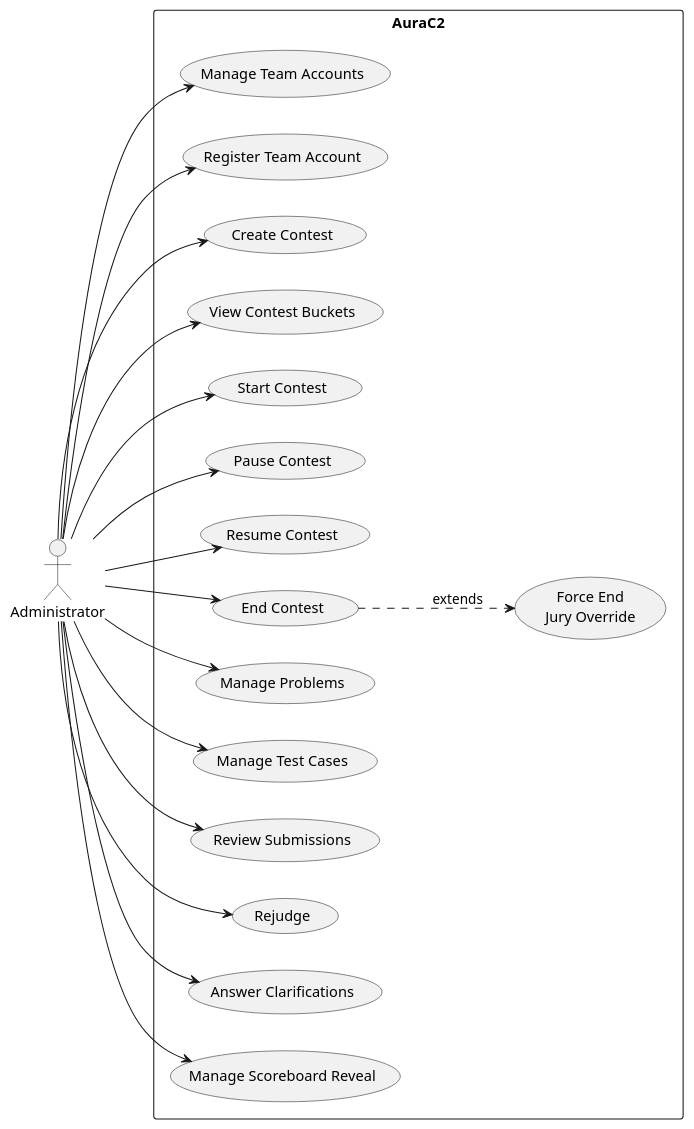
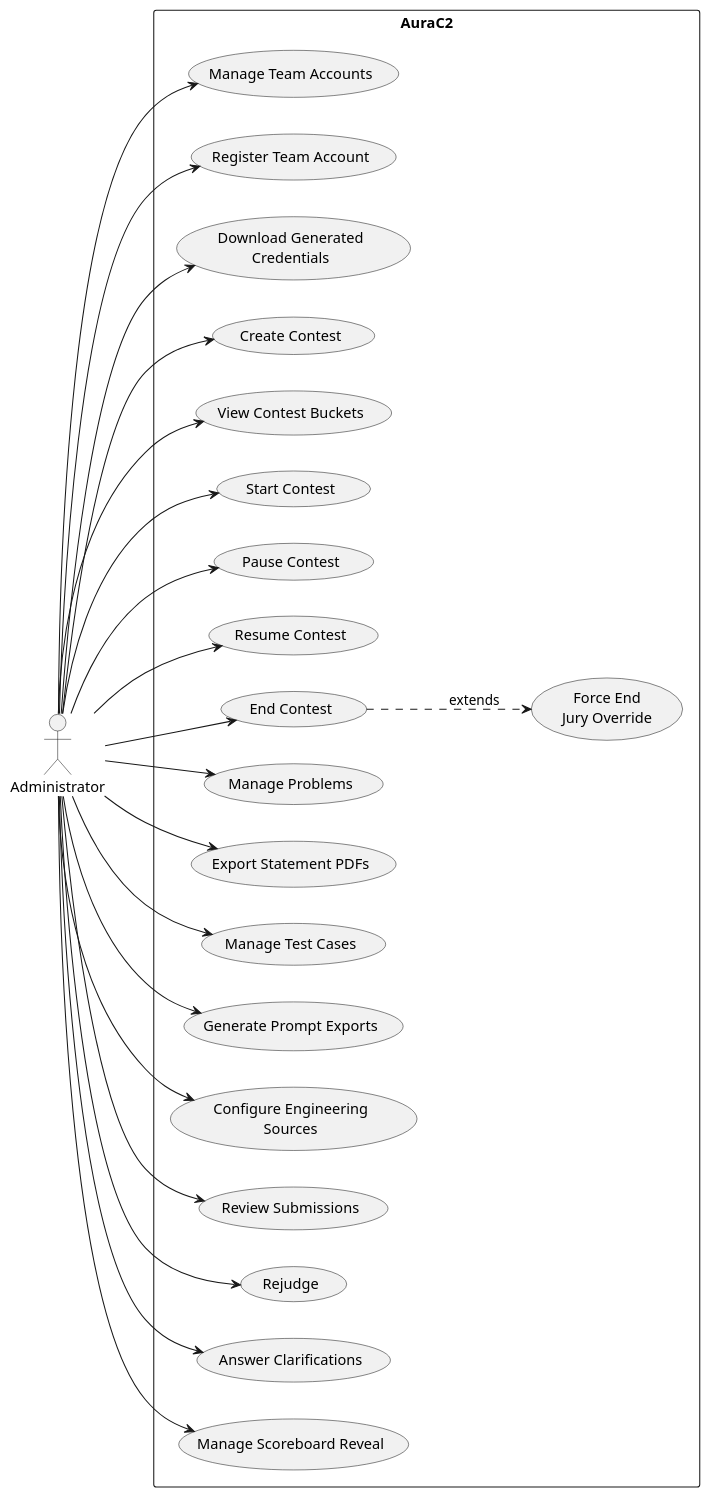
One commit to AuraC-graduate-project/AuraC2 changed the fourth of 18 diagrams in docs/report-rebuild/diagram-prompts.md. Above: the diagram before and after it, drawn with PlantUML. The commit also changed other lines of this file and 20 other files, not shown here.

````diff
--- a/docs/report-rebuild/diagram-prompts.md
+++ b/docs/report-rebuild/diagram-prompts.md
@@ -142,38 +144,46 @@
 ```plantuml
 @startuml
 left to right direction
 actor Administrator as Admin
 rectangle "AuraC2" {
   usecase "Manage Team Accounts" as UC1
   usecase "Register Team Account" as UC2
+  usecase "Download Generated\nCredentials" as UC2b
   usecase "Create Contest" as UC3
   usecase "View Contest Buckets" as UC4
   usecase "Start Contest" as UC5
   usecase "Pause Contest" as UC6
   usecase "Resume Contest" as UC7
   usecase "End Contest" as UC8
   usecase "Force End\nJury Override" as UC9
   usecase "Manage Problems" as UC10
+  usecase "Export Statement PDFs" as UC10b
   usecase "Manage Test Cases" as UC11
+  usecase "Generate Prompt Exports" as UC11b
+  usecase "Configure Engineering\nSources" as UC11c
   usecase "Review Submissions" as UC12
   usecase "Rejudge" as UC13
   usecase "Answer Clarifications" as UC14
   usecase "Manage Scoreboard Reveal" as UC15
 }
 Admin --> UC1
 Admin --> UC2
+Admin --> UC2b
 Admin --> UC3
 Admin --> UC4
 Admin --> UC5
 Admin --> UC6
 Admin --> UC7
 Admin --> UC8
 UC8 ..> UC9 : extends
 Admin --> UC10
+Admin --> UC10b
 Admin --> UC11
+Admin --> UC11b
+Admin --> UC11c
 Admin --> UC12
 Admin --> UC13
 Admin --> UC14
 Admin --> UC15
 @enduml
 ```
````
